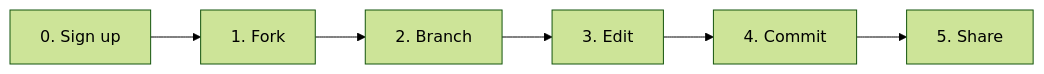
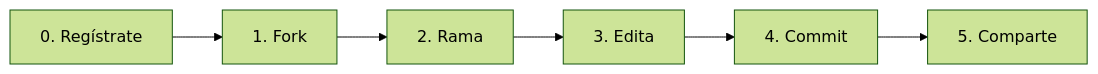
The first of 2 diagrams in docs/web.md (BlankConstitution/blankconstitution), drawn with Mermaid (forest theme) before and after one commit. The commit also changed other lines of this file and 4 other files, not shown here.

````diff
--- a/docs/web.md
+++ b/docs/web.md
@@ -7,4 +9,4 @@
 ```mermaid
 flowchart LR
-    S0["0. Sign up"] --> S1["1. Fork"] --> S2["2. Branch"] --> S3["3. Edit"] --> S4["4. Commit"] --> S5["5. Share"]
+    S0["0. Regístrate"] --> S1["1. Fork"] --> S2["2. Rama"] --> S3["3. Edita"] --> S4["4. Commit"] --> S5["5. Comparte"]
 ```
````
